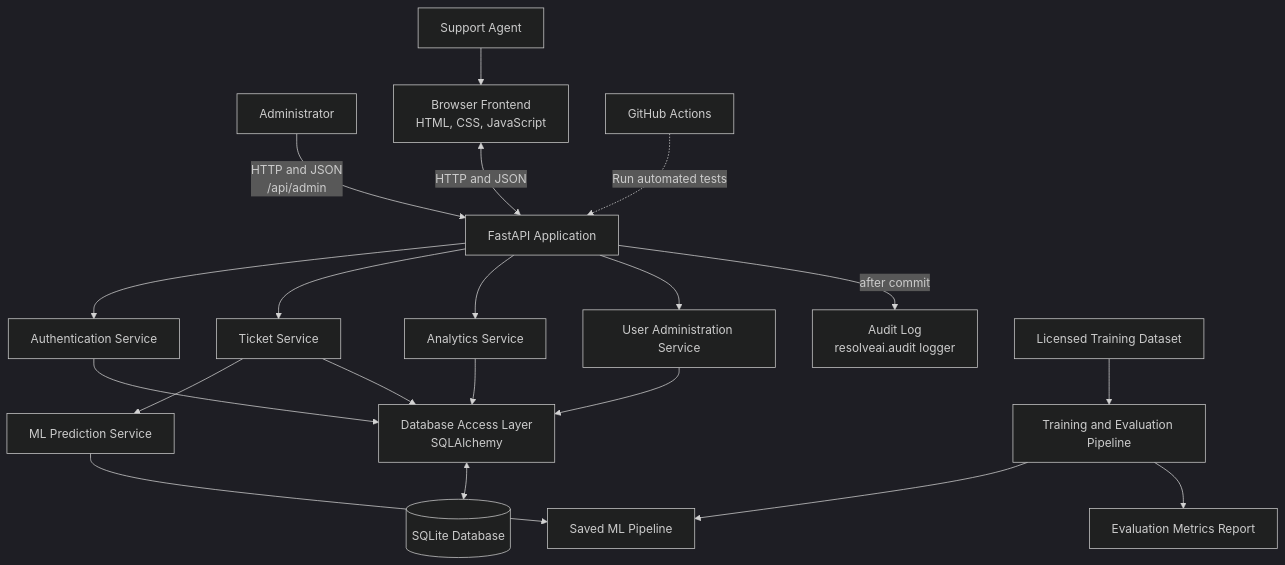
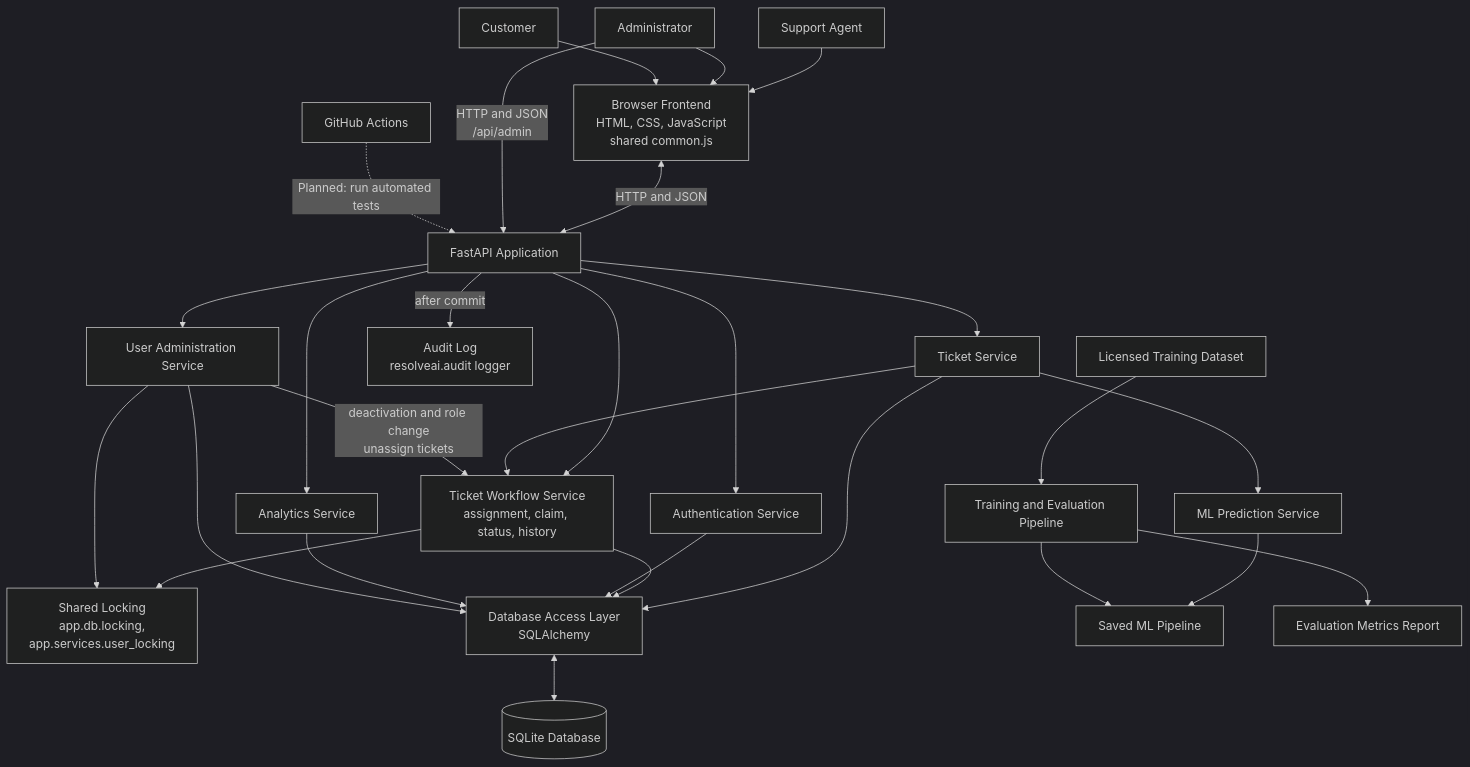
Before and after one commit to Harshpatil3640/resolveai-support-ticket-system: the diagram in docs/architecture.md, drawn with Mermaid (dark theme). The commit also changed other lines of this file and 43 other files, not shown here.

Commit message:
feat: implement ticket assignment and agent workflow

````diff
--- a/docs/architecture.md
+++ b/docs/architecture.md
@@ -17,40 +22,51 @@
 ```mermaid
 flowchart TD
     USER["Support Agent"]
     ADMINUSER["Administrator"]
-    FRONTEND["Browser Frontend<br/>HTML, CSS, JavaScript"]
+    CUSTOMER["Customer"]
+    FRONTEND["Browser Frontend<br/>HTML, CSS, JavaScript<br/>shared common.js"]
     API["FastAPI Application"]
     AUTH["Authentication Service"]
     TICKETS["Ticket Service"]
+    WORKFLOW["Ticket Workflow Service<br/>assignment, claim, status, history"]
     ANALYTICS["Analytics Service"]
     USERADMIN["User Administration Service"]
+    LOCKING["Shared Locking<br/>app.db.locking,<br/>app.services.user_locking"]
     AUDIT["Audit Log<br/>resolveai.audit logger"]
     PREDICT["ML Prediction Service"]
     DATAACCESS["Database Access Layer<br/>SQLAlchemy"]
     DB[("SQLite Database")]
     DATA["Licensed Training Dataset"]
     TRAIN["Training and Evaluation Pipeline"]
     MODEL["Saved ML Pipeline"]
     METRICS["Evaluation Metrics Report"]
     GITHUB["GitHub Actions"]
 
     USER --> FRONTEND
+    ADMINUSER --> FRONTEND
+    CUSTOMER --> FRONTEND
     FRONTEND <-->|"HTTP and JSON"| API
     ADMINUSER -->|"HTTP and JSON<br/>/api/admin"| API
     API --> AUTH
     API --> TICKETS
+    API --> WORKFLOW
     API --> ANALYTICS
     API --> USERADMIN
     API -->|"after commit"| AUDIT
     TICKETS --> PREDICT
+    TICKETS --> WORKFLOW
     TICKETS --> DATAACCESS
+    WORKFLOW --> LOCKING
+    USERADMIN --> LOCKING
+    USERADMIN -->|"deactivation and role change<br/>unassign tickets"| WORKFLOW
+    WORKFLOW --> DATAACCESS
     AUTH --> DATAACCESS
     ANALYTICS --> DATAACCESS
     USERADMIN --> DATAACCESS
     DATAACCESS <--> DB
     PREDICT --> MODEL
     DATA --> TRAIN
     TRAIN --> MODEL
     TRAIN --> METRICS
-    GITHUB -.->|"Run automated tests"| API
+    GITHUB -.->|"Planned: run automated tests"| API
 ```
````
